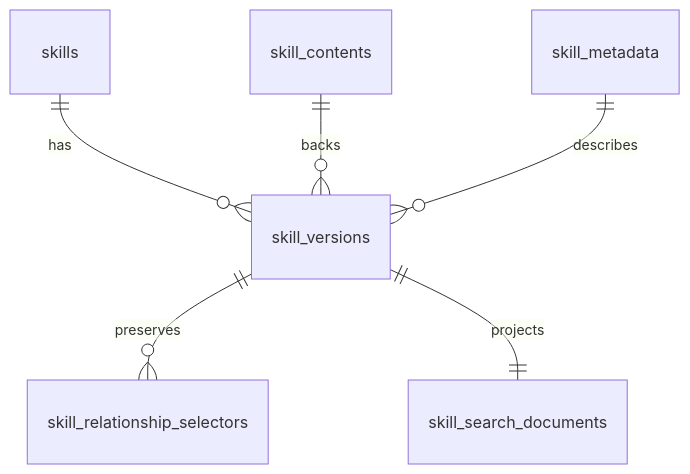
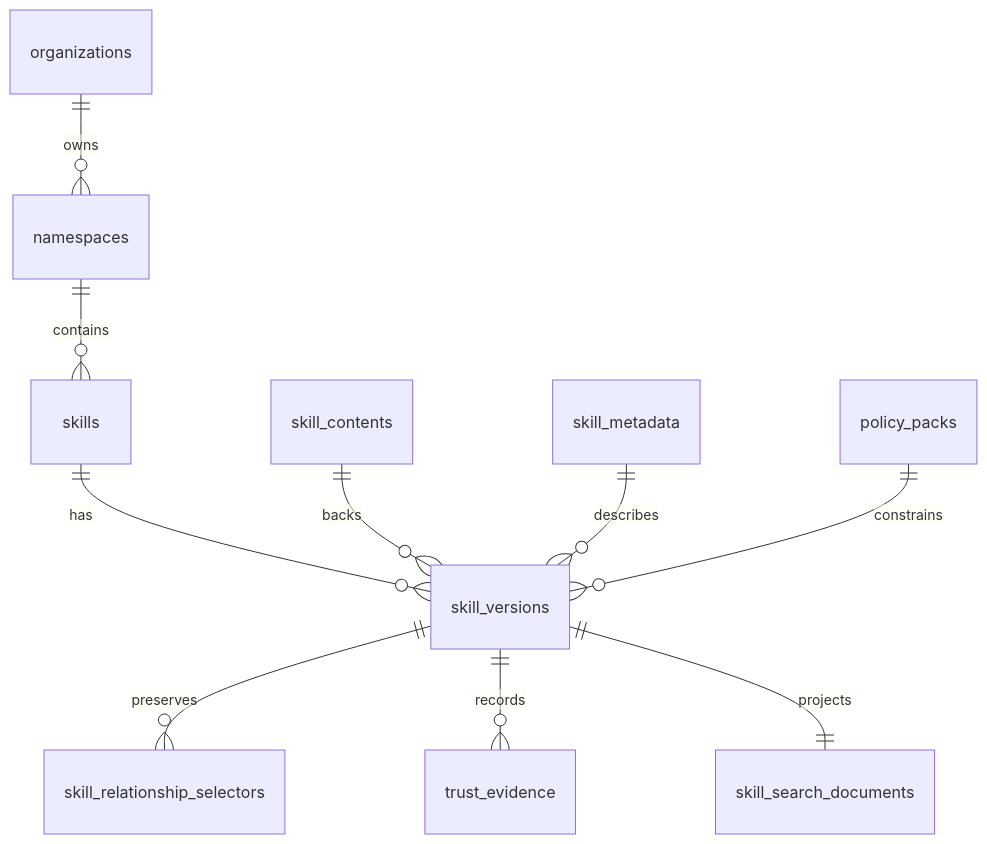
One commit to aptitude-stack/registery changed the diagram in docs/reference/schema.md. Above: the diagram before and after it, drawn with Mermaid. The commit also changed other lines of this file and 74 other files, not shown here.

````diff
--- a/docs/reference/schema.md
+++ b/docs/reference/schema.md
@@ -57,8 +60,12 @@
 ```mermaid
 erDiagram
     skills ||--o{ skill_versions : has
+    organizations ||--o{ namespaces : owns
+    namespaces ||--o{ skills : contains
     skill_contents ||--o{ skill_versions : backs
     skill_metadata ||--o{ skill_versions : describes
+    policy_packs ||--o{ skill_versions : constrains
     skill_versions ||--o{ skill_relationship_selectors : preserves
+    skill_versions ||--o{ trust_evidence : records
     skill_versions ||--|| skill_search_documents : projects
 ```
````
